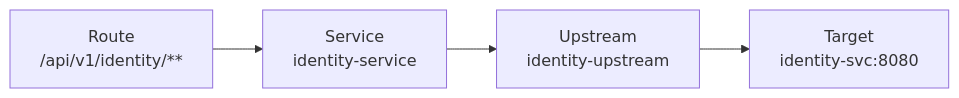
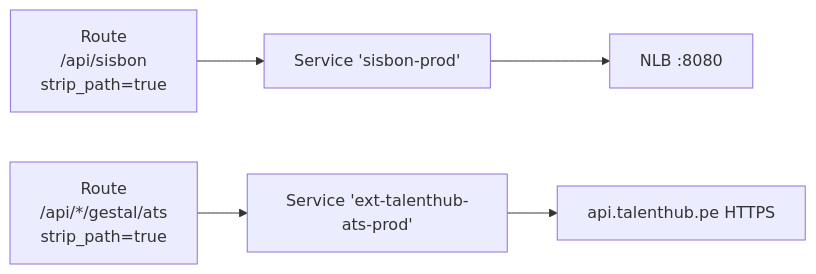
One commit to jclemente-tlm/tlm-doc-architecture changed the second of 2 diagrams in docs/plataforma-corporativa/plataforma-de-integracion/api-gateway/05-vista-bloques-construccion.md. Above: the diagram before and after it, drawn with Mermaid. The commit also changed other lines of this file and 11 other files, not shown here.

````diff
--- a/docs/plataforma-corporativa/plataforma-de-integracion/api-gateway/05-vista-bloques-construccion.md
+++ b/docs/plataforma-corporativa/plataforma-de-integracion/api-gateway/05-vista-bloques-construccion.md
@@ -30,6 +36,8 @@
 ```mermaid
 graph LR
-    Route[Route\n/api/v1/identity/**] --> Service[Service\nidentity-service]
-    Service --> Upstream[Upstream\nidentity-upstream]
-    Upstream --> T1[Target\nidentity-svc:8080]
+    Route1["Route\n/api/sisbon\nstrip_path=true"] --> SVC1["Service 'sisbon-prod'"]
+    SVC1 --> BE1[NLB :8080]
+
+    Route2["Route\n/api/*/gestal/ats\nstrip_path=true"] --> SVC2["Service 'ext-talenthub-ats-prod'"]
+    SVC2 --> BE2[api.talenthub.pe HTTPS]
 ```
````
